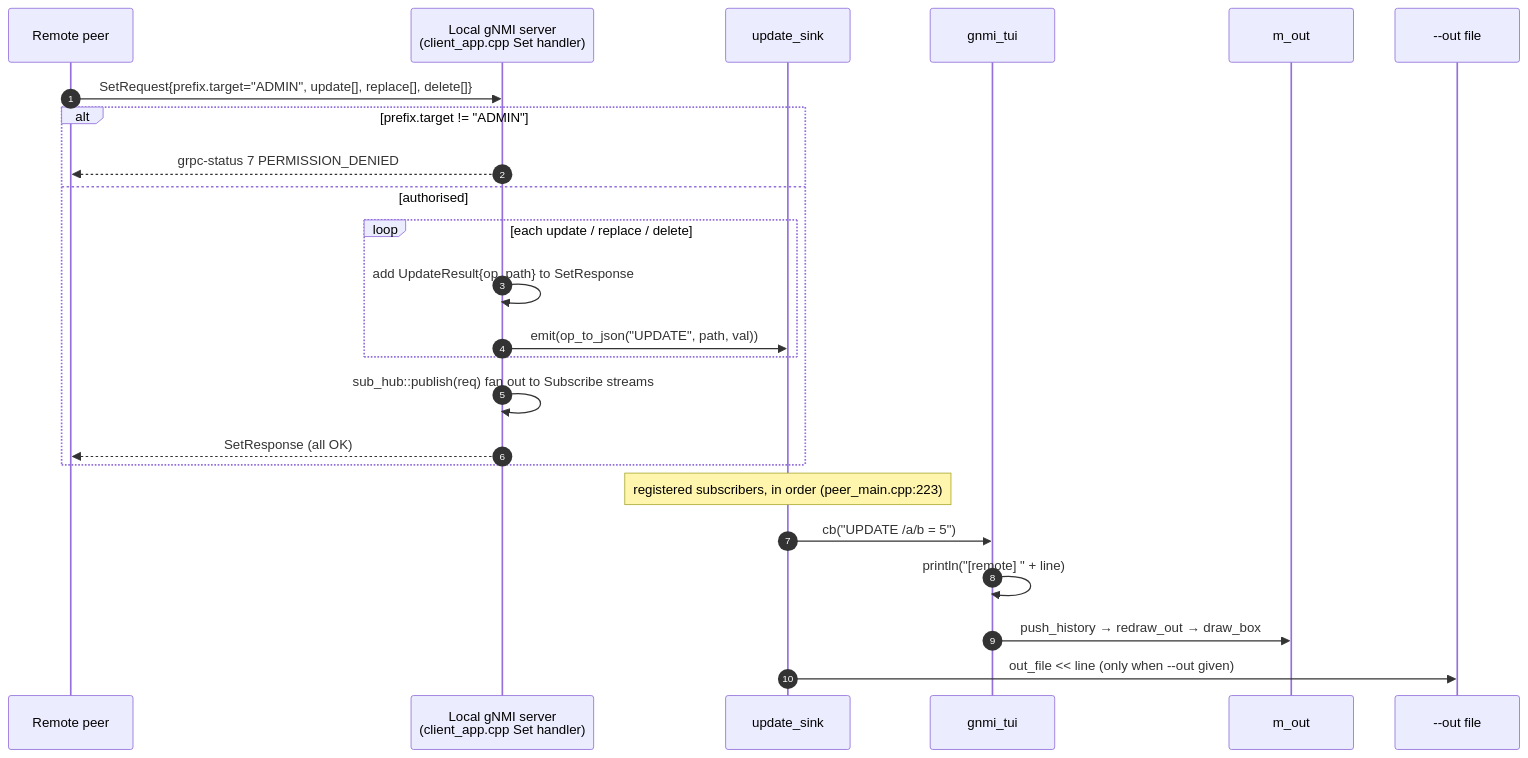
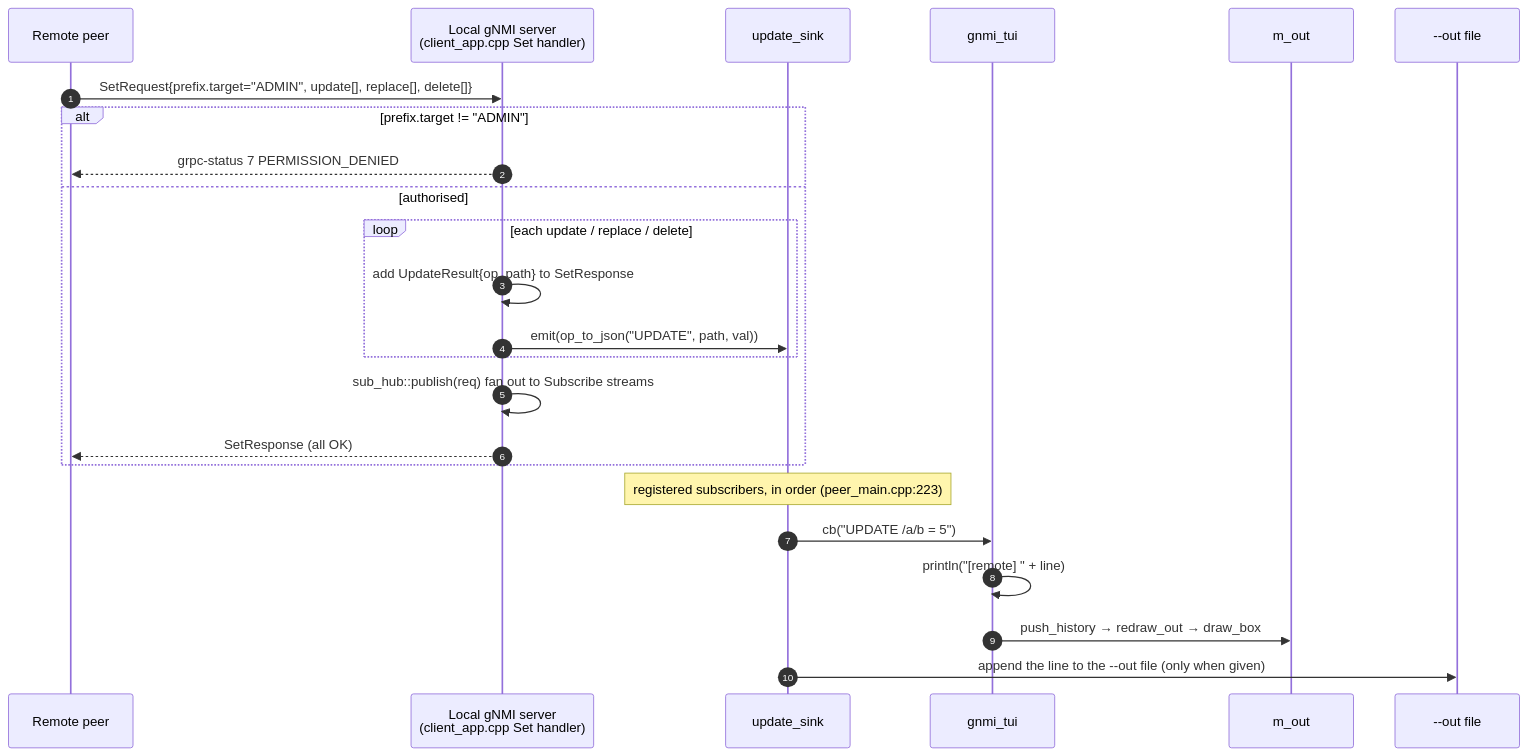
The third of 4 diagrams in hackthon/docs/gnmi-peer-tui.md (naushada/grace-server), drawn with Mermaid before and after one commit. The commit also changed other lines of this file and 1 other file, not shown here.

First line of the commit message:
docs: fix mermaid parse errors (semicolons, `box` keyword, raw `<<`)

````diff
--- a/hackthon/docs/gnmi-peer-tui.md
+++ b/hackthon/docs/gnmi-peer-tui.md
@@ -197,28 +197,28 @@
 ```mermaid
 sequenceDiagram
     autonumber
     participant P as Remote peer
     participant SRV as Local gNMI server<br/>(client_app.cpp Set handler)
     participant SINK as update_sink
     participant TUI as gnmi_tui
     participant OUT as m_out
     participant F as --out file
 
     P->>SRV: SetRequest{prefix.target="ADMIN", update[], replace[], delete[]}
     alt prefix.target != "ADMIN"
         SRV-->>P: grpc-status 7 PERMISSION_DENIED
     else authorised
         loop each update / replace / delete
             SRV->>SRV: add UpdateResult{op, path} to SetResponse
             SRV->>SINK: emit(op_to_json("UPDATE", path, val))
         end
         SRV->>SRV: sub_hub::publish(req)   fan out to Subscribe streams
         SRV-->>P: SetResponse (all OK)
     end
 
     Note over SINK: registered subscribers, in order (peer_main.cpp:223)
     SINK->>TUI: cb("UPDATE /a/b = 5")
     TUI->>TUI: println("[remote] " + line)
     TUI->>OUT: push_history → redraw_out → draw_box
-    SINK->>F: out_file << line  (only when --out given)
+    SINK->>F: append the line to the --out file (only when given)
 ```
````
